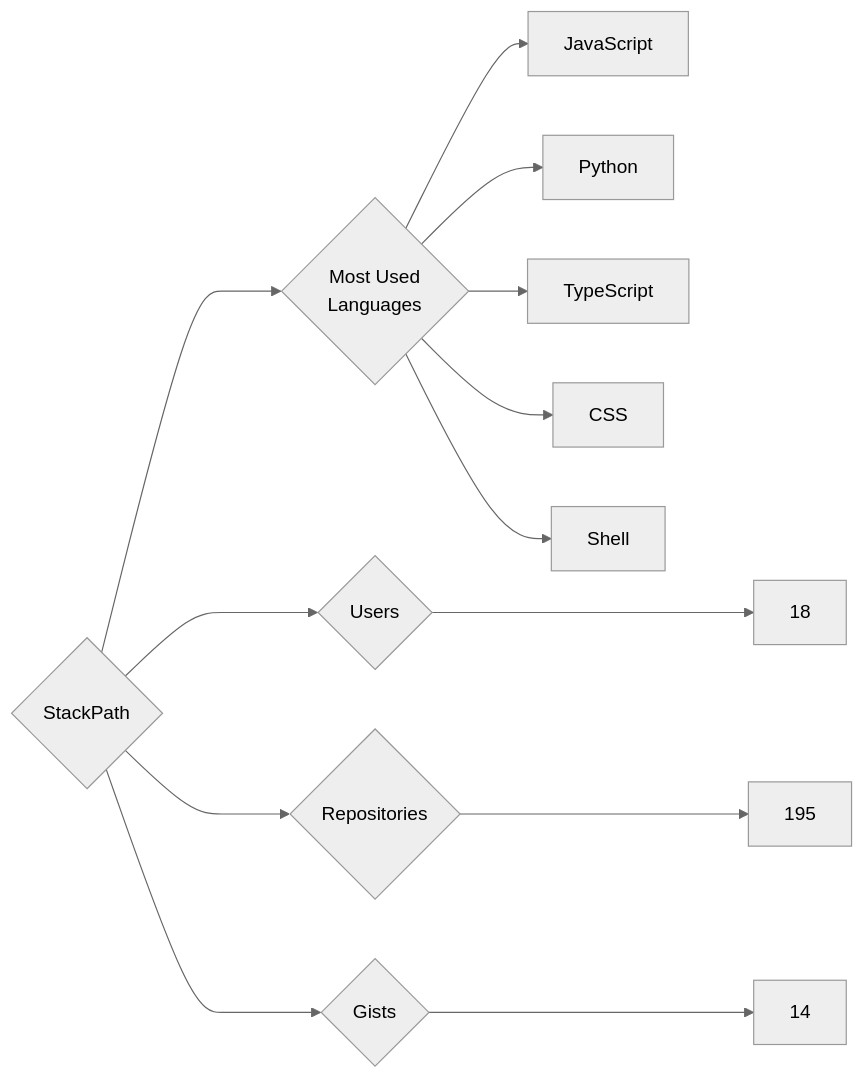
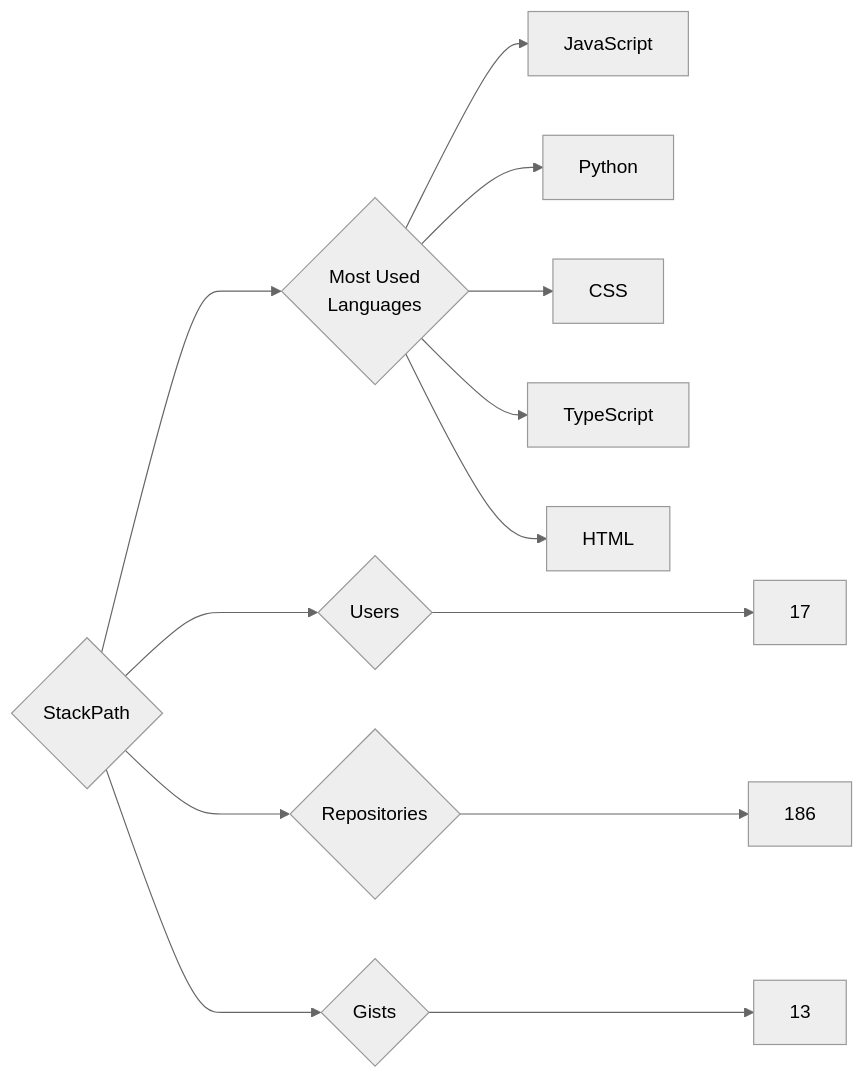
One commit to trickest/insiders changed the diagram in targets/StackPath/README.md. Above: the diagram before and after it, drawn with Mermaid (neutral theme). The commit also changed 839 other files, not shown here.

````diff
--- a/targets/StackPath/README.md
+++ b/targets/StackPath/README.md
@@ -3,13 +3,13 @@
 ```mermaid
 graph LR
 COMPANY_NAME{StackPath}
-COMPANY_NAME ---> U{Users} ---> UN[18]
-COMPANY_NAME ---> R{Repositories} ---> RN[195]
-COMPANY_NAME ---> G{Gists} ---> GN[14]
+COMPANY_NAME ---> U{Users} ---> UN[17]
+COMPANY_NAME ---> R{Repositories} ---> RN[186]
+COMPANY_NAME ---> G{Gists} ---> GN[13]
 COMPANY_NAME ---> ML{Most Used<br>Languages}
 ML --> JavaScript[JavaScript]
 ML --> Python[Python]
+ML --> CSS[CSS]
 ML --> TypeScript[TypeScript]
-ML --> CSS[CSS]
-ML --> Shell[Shell]
+ML --> HTML[HTML]
 ```
````
